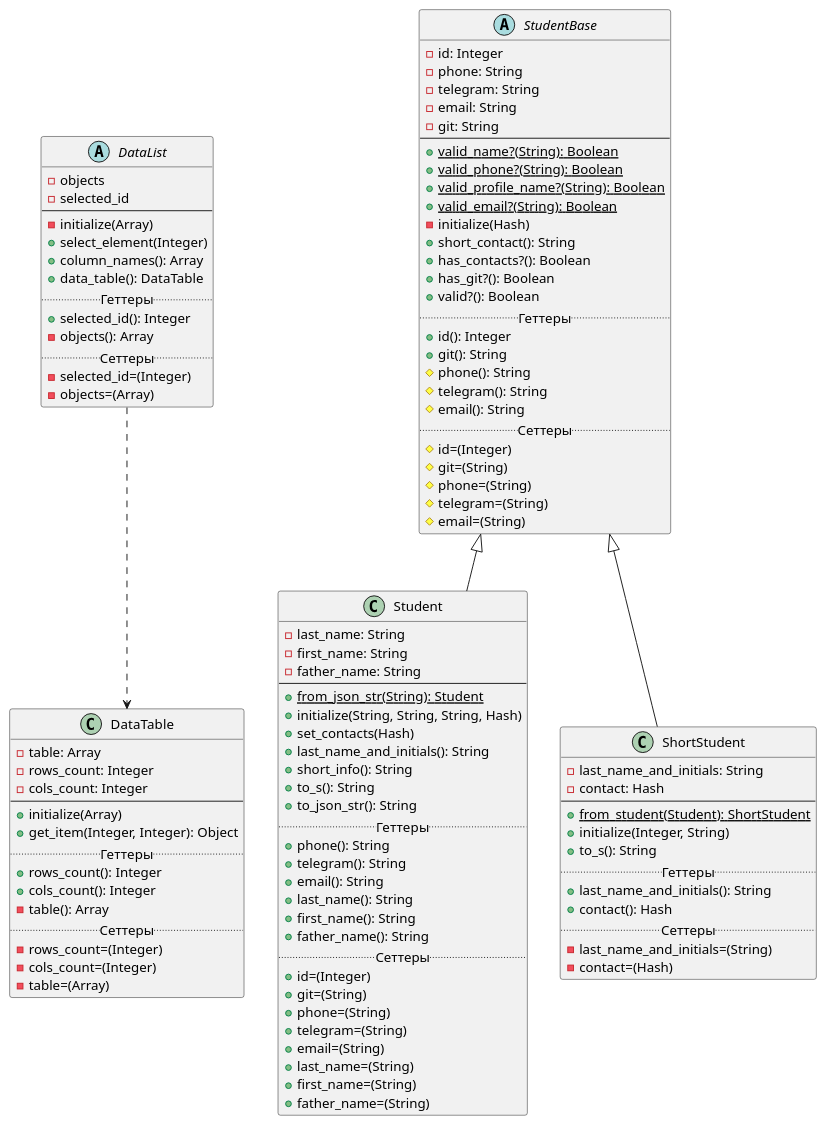
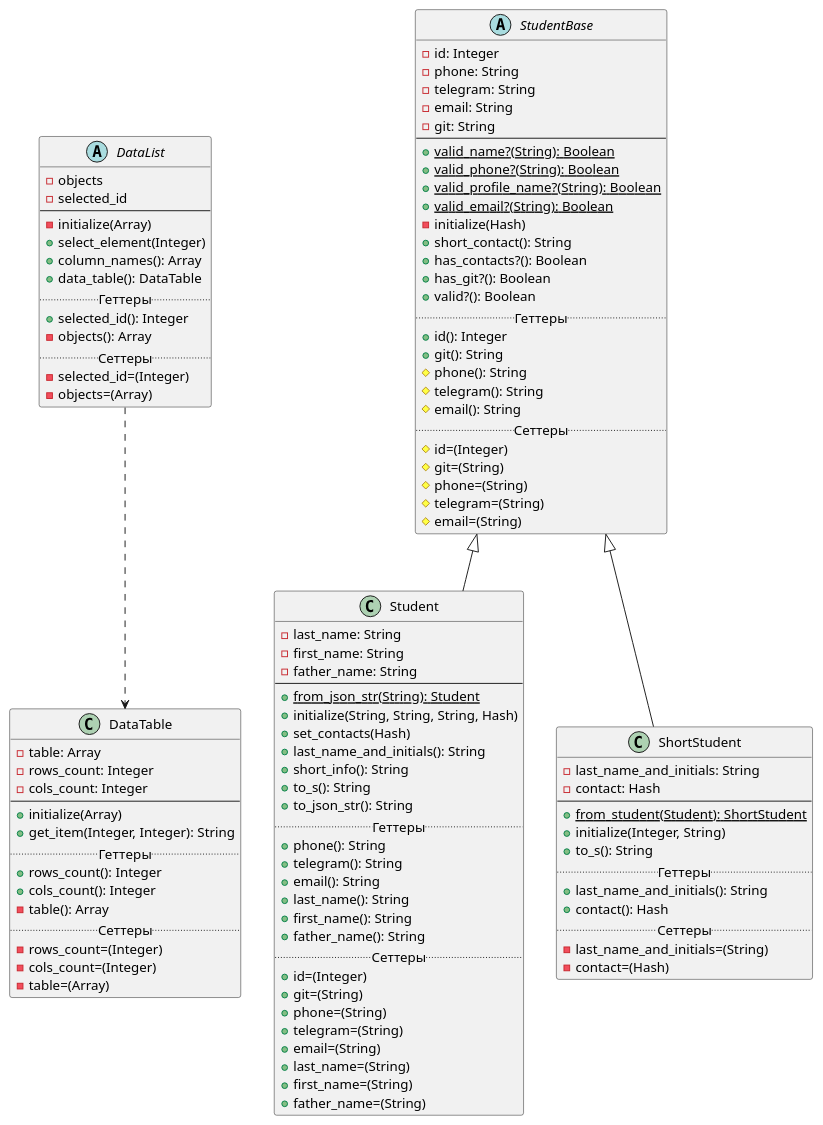
One commit to r1411/PatternsLabs changed the diagram in Diagrams/lab2.puml. Above: the diagram before and after it, drawn with PlantUML. The commit also changed 2 other files, not shown here.

Commit message:
DataTable: get_item теперь возвращает строку

```diff
--- a/Diagrams/lab2.puml
+++ b/Diagrams/lab2.puml
@@ -1,114 +1,114 @@
 @startuml
 'https://plantuml.com/class-diagram
 
 DataList ..> DataTable
 
 abstract class StudentBase {
     -id: Integer
     -phone: String
     -telegram: String
     -email: String
     -git: String
     --
     +{static}valid_name?(String): Boolean
     +{static}valid_phone?(String): Boolean
     +{static}valid_profile_name?(String): Boolean
     +{static}valid_email?(String): Boolean
     -initialize(Hash)
     +short_contact(): String
     +has_contacts?(): Boolean
     +has_git?(): Boolean
     +valid?(): Boolean
     .. Геттеры ..
     +id(): Integer
     +git(): String
     #phone(): String
     #telegram(): String
     #email(): String
     .. Сеттеры ..
     #id=(Integer)
     #git=(String)
     #phone=(String)
     #telegram=(String)
     #email=(String)
 }
 
 class Student extends StudentBase {
     -last_name: String
     -first_name: String
     -father_name: String
     --
     +{static}from_json_str(String): Student
     +initialize(String, String, String, Hash)
     +set_contacts(Hash)
     +last_name_and_initials(): String
     +short_info(): String
     +to_s(): String
     +to_json_str(): String
     .. Геттеры ..
     +phone(): String
     +telegram(): String
     +email(): String
     +last_name(): String
     +first_name(): String
     +father_name(): String
     .. Сеттеры ..
     +id=(Integer)
     +git=(String)
     +phone=(String)
     +telegram=(String)
     +email=(String)
     +last_name=(String)
     +first_name=(String)
     +father_name=(String)
 }
 
 class ShortStudent extends StudentBase {
     -last_name_and_initials: String
     -contact: Hash
     --
     +{static}from_student(Student): ShortStudent
     +initialize(Integer, String)
     +to_s(): String
     .. Геттеры ..
     +last_name_and_initials(): String
     +contact(): Hash
     .. Сеттеры ..
     -last_name_and_initials=(String)
     -contact=(Hash)
 }
 
 class DataTable {
     -table: Array
     -rows_count: Integer
     -cols_count: Integer
     --
     +initialize(Array)
-    +get_item(Integer, Integer): Object
+    +get_item(Integer, Integer): String
     .. Геттеры ..
     +rows_count(): Integer
     +cols_count(): Integer
     -table(): Array
     .. Сеттеры ..
     -rows_count=(Integer)
     -cols_count=(Integer)
     -table=(Array)
 }
 
 abstract class DataList {
     -objects
     -selected_id
     --
     -initialize(Array)
     +select_element(Integer)
     +column_names(): Array
     +data_table(): DataTable
     .. Геттеры ..
     +selected_id(): Integer
     -objects(): Array
     .. Сеттеры ..
     -selected_id=(Integer)
     -objects=(Array)
 }
 
 @enduml
```
